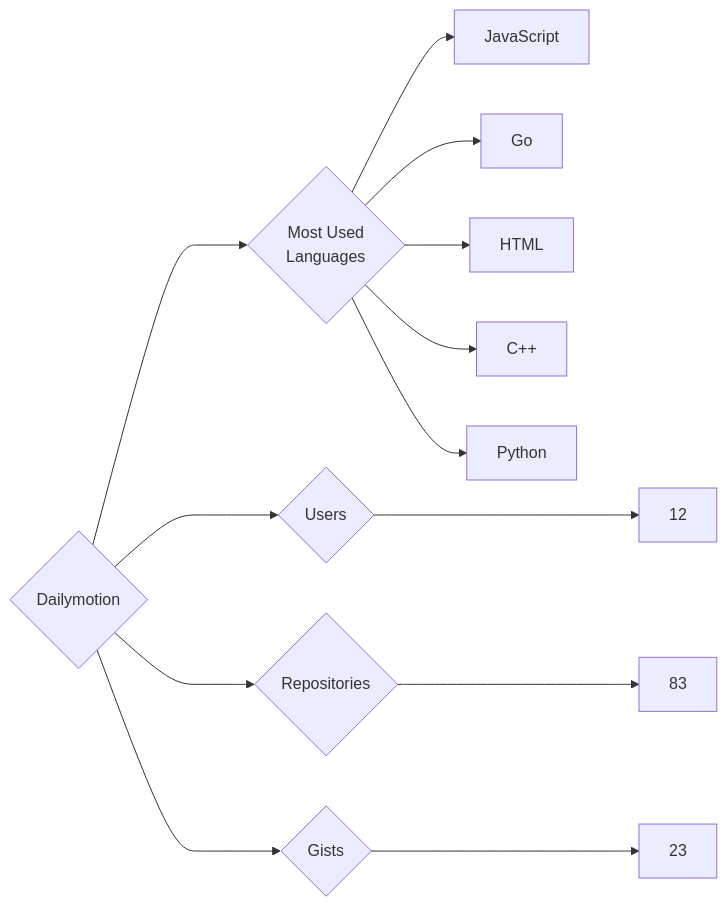
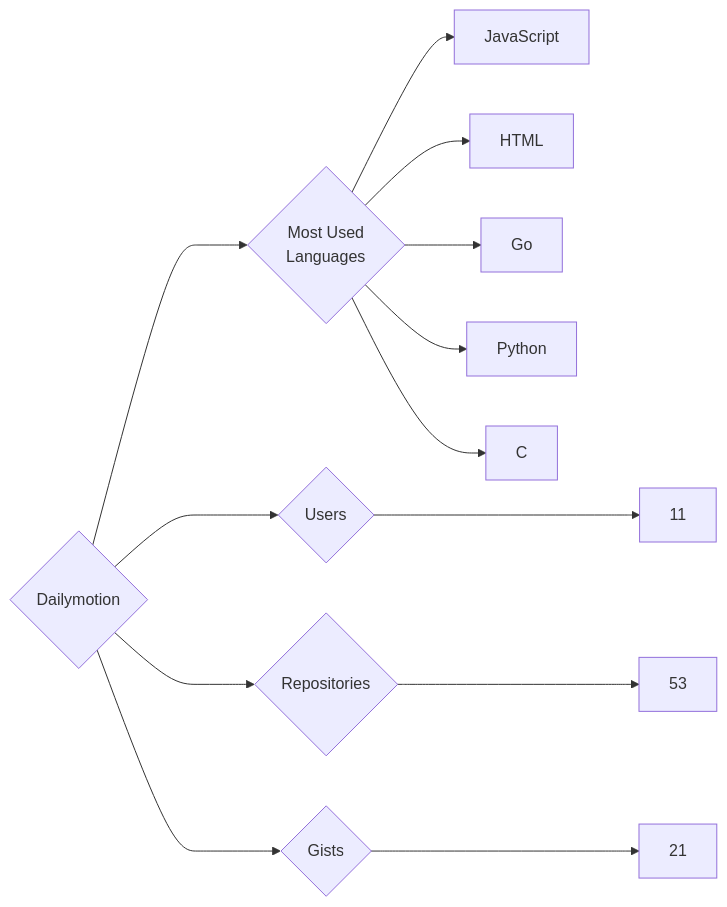
The diagram in targets/Dailymotion/README.md (trickest/insiders), drawn with Mermaid before and after one commit. The commit also changed 874 other files, not shown here.

````diff
--- a/targets/Dailymotion/README.md
+++ b/targets/Dailymotion/README.md
@@ -3,13 +3,13 @@
 ```mermaid
 graph LR
 COMPANY_NAME{Dailymotion}
-COMPANY_NAME ---> U{Users} ---> UN[12]
-COMPANY_NAME ---> R{Repositories} ---> RN[83]
-COMPANY_NAME ---> G{Gists} ---> GN[23]
+COMPANY_NAME ---> U{Users} ---> UN[11]
+COMPANY_NAME ---> R{Repositories} ---> RN[53]
+COMPANY_NAME ---> G{Gists} ---> GN[21]
 COMPANY_NAME ---> ML{Most Used<br>Languages}
 ML --> JavaScript[JavaScript]
+ML --> HTML[HTML]
 ML --> Go[Go]
-ML --> HTML[HTML]
-ML --> C++[C++]
 ML --> Python[Python]
+ML --> C[C]
 ```
````
